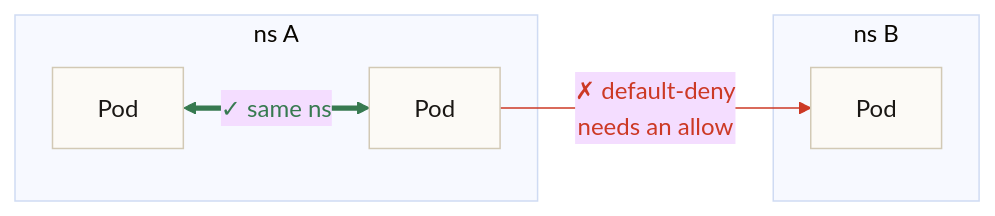
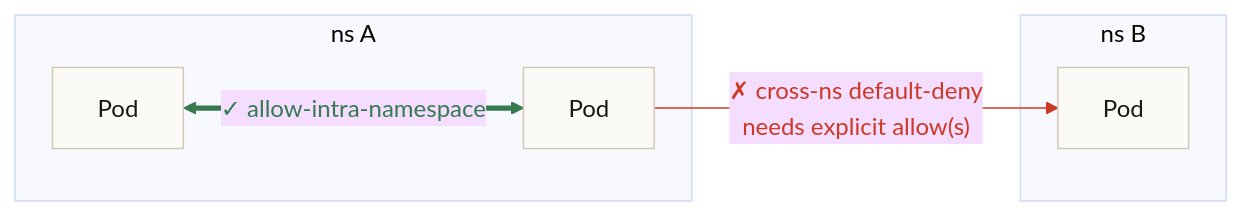
One commit to yu-min3/kensan-lab changed the second of 3 diagrams in kubernetes/network/README.md. Above: the diagram before and after it, drawn with Mermaid (base theme). The commit also changed other lines of this file and 1 other file, not shown here.

````diff
--- a/kubernetes/network/README.md
+++ b/kubernetes/network/README.md
@@ -65,14 +65,14 @@
 ```mermaid
 flowchart LR
     subgraph nsA["ns A"]
-        A1[Pod] <==>|"✓ same ns"| A2[Pod]
+        A1[Pod] <==>|"✓ allow-intra-namespace"| A2[Pod]
     end
     subgraph nsB["ns B"]
         B1[Pod]
     end
-    A2 -->|"✗ default-deny<br/>needs an allow"| B1
+    A2 -->|"✗ cross-ns default-deny<br/>needs explicit allow(s)"| B1
 
     classDef default fill:#FCFAF6,stroke:#D2C9B5,color:#1A1714
     linkStyle 0 stroke:#377A50,color:#377A50
     linkStyle 1 stroke:#CC3925,color:#CC3925
 ```
````
